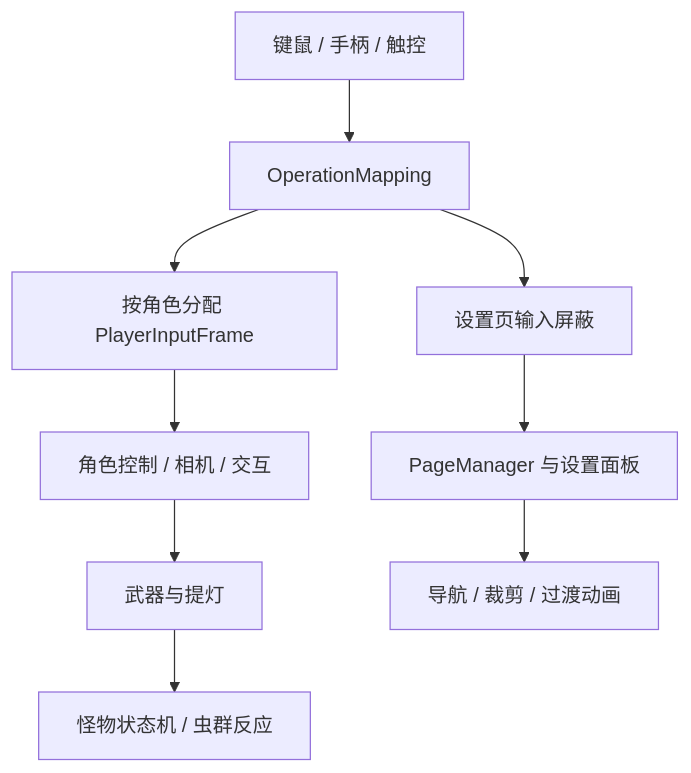
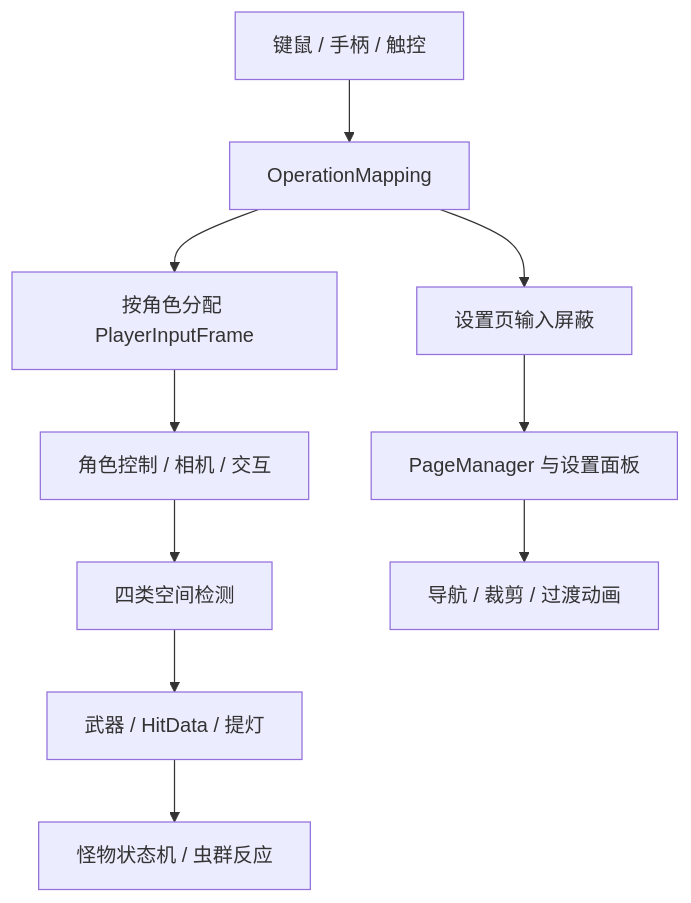
The diagram in projects/lost-heart.md (HULULU-KING/Game-Development-Portfolio), drawn with Mermaid before and after one commit. The commit also changed other lines of this file and 4 other files, not shown here.

````diff
--- a/projects/lost-heart.md
+++ b/projects/lost-heart.md
@@ -55,11 +77,12 @@
 ```mermaid
 flowchart TD
   A[键鼠 / 手柄 / 触控] --> B[OperationMapping]
   B --> C[按角色分配 PlayerInputFrame]
   C --> D[角色控制 / 相机 / 交互]
-  D --> E[武器与提灯]
-  E --> F[怪物状态机 / 虫群反应]
+  D --> E[四类空间检测]
+  E --> F[武器 / HitData / 提灯]
+  F --> J[怪物状态机 / 虫群反应]
   B --> G[设置页输入屏蔽]
   G --> H[PageManager 与设置面板]
   H --> I[导航 / 裁剪 / 过渡动画]
 ```
````
